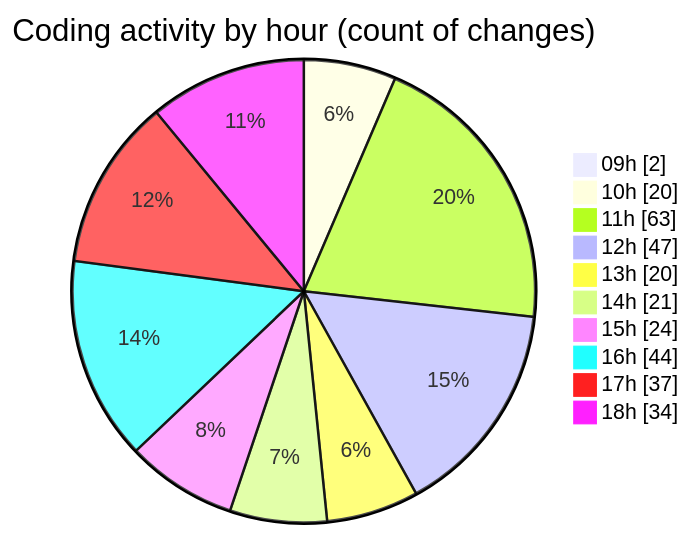
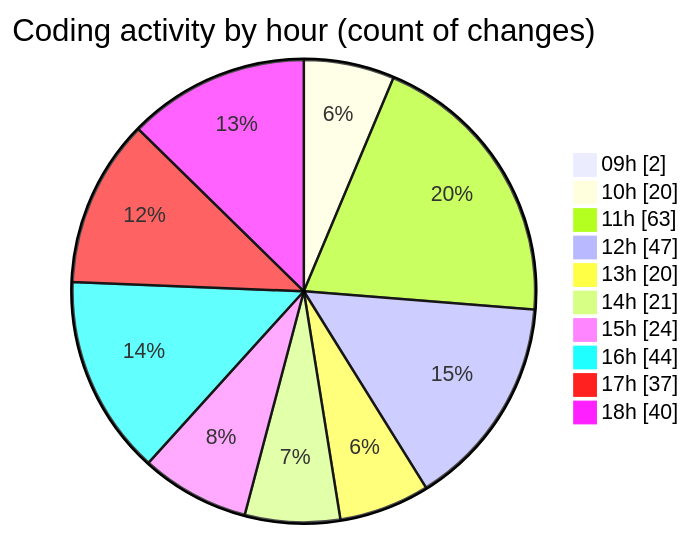
The second of 2 diagrams in 2025-04-08/cda/README.md (momahboobian/code-tracking), drawn with Mermaid before and after one commit. The commit also changed other lines of this file and 1 other file, not shown here.

````diff
--- a/2025-04-08/cda/README.md
+++ b/2025-04-08/cda/README.md
@@ -46,14 +46,14 @@
 ```mermaid
 pie showData
 title Coding activity by hour (count of changes)
 "09h" : 2
 "10h" : 20
 "11h" : 63
 "12h" : 47
 "13h" : 20
 "14h" : 21
 "15h" : 24
 "16h" : 44
 "17h" : 37
-"18h" : 34
+"18h" : 40
 ```
````
